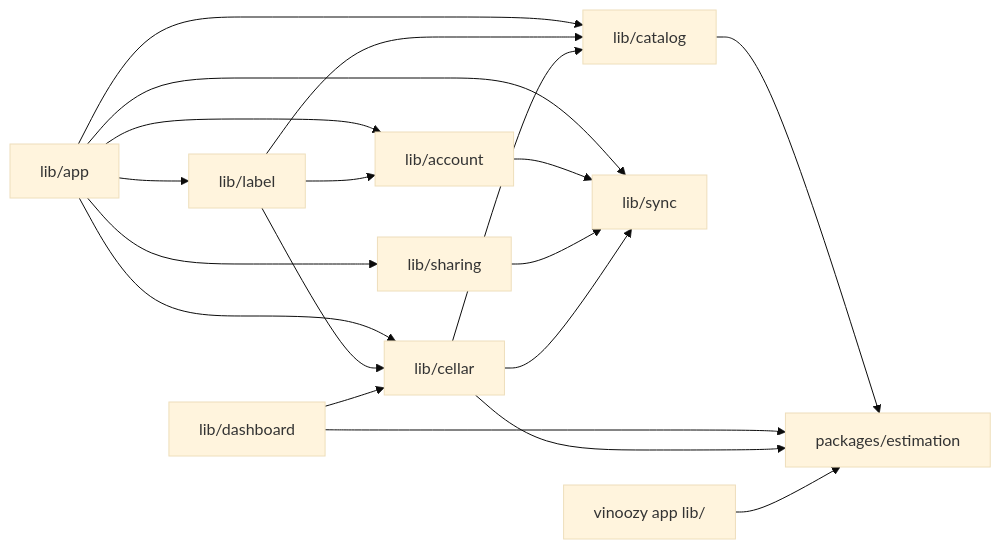
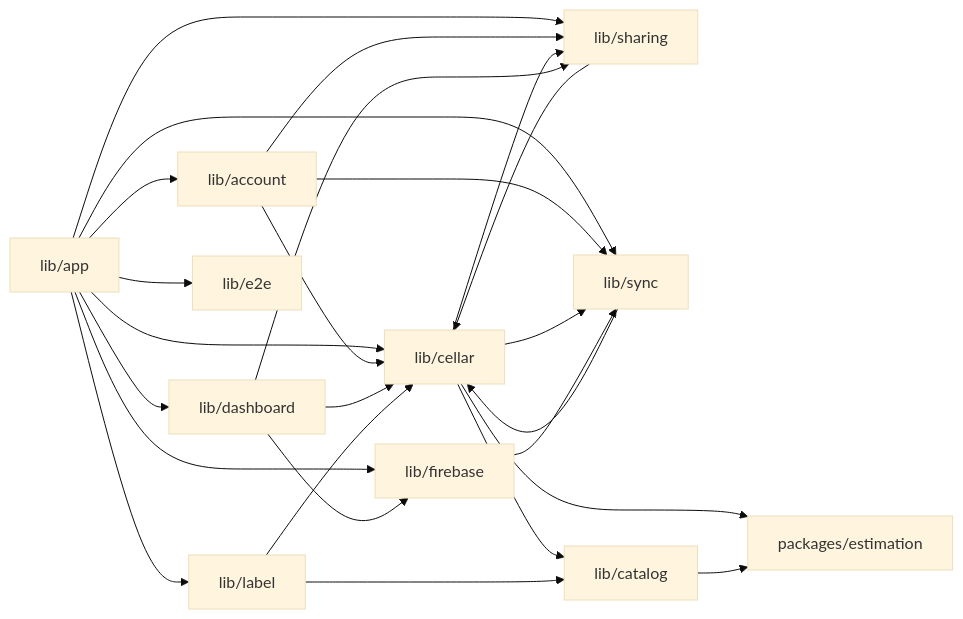
One commit to brunobottazzini/Vinoozy changed the diagram in aidlc/spaces/default/codekb/Vinoozy/dependencies.md. Above: the diagram before and after it, drawn with Mermaid (base theme). The commit also changed other lines of this file and 192 other files, not shown here.

````diff
--- a/aidlc/spaces/default/codekb/Vinoozy/dependencies.md
+++ b/aidlc/spaces/default/codekb/Vinoozy/dependencies.md
@@ -7,21 +23,27 @@
 ```mermaid
 flowchart LR
-  app[vinoozy app lib/] --> est[packages/estimation]
-  cellar[lib/cellar] --> sync[lib/sync]
-  cellar --> catalog[lib/catalog]
-  cellar --> est
-  dashboard[lib/dashboard] --> cellar
-  dashboard --> est
-  label[lib/label] --> catalog
+  app["lib/app"] --> account["lib/account"]
+  app --> cellar["lib/cellar"]
+  app --> sharing["lib/sharing"]
+  app --> sync["lib/sync"]
+  app --> dashboard["lib/dashboard"]
+  app --> label["lib/label"]
+  app --> firebase["lib/firebase"]
+  app --> e2e["lib/e2e"]
+  account --> cellar
+  account --> sync
+  account --> sharing
+  cellar --> sync
+  cellar --> sharing
+  cellar --> catalog["lib/catalog"]
+  cellar --> estimation["packages/estimation"]
+  sharing --> cellar
+  dashboard --> cellar
+  dashboard --> sharing
+  dashboard --> firebase
+  label --> catalog
   label --> cellar
-  label --> account[lib/account]
-  catalog --> est
-  sharing[lib/sharing] --> sync
-  account --> sync
-  appmod[lib/app] --> cellar
-  appmod --> sync
-  appmod --> account
-  appmod --> sharing
-  appmod --> label
-  appmod --> catalog
+  catalog --> estimation
+  sync --> cellar
+  firebase --> sync
 ```
````
